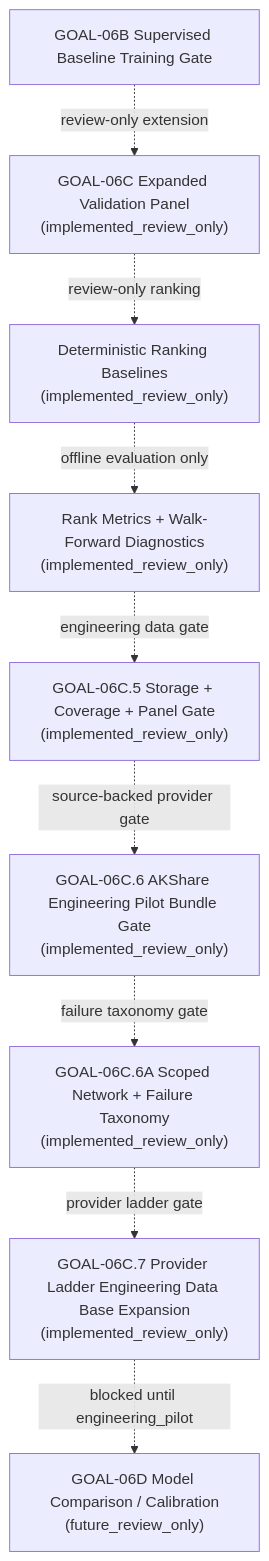
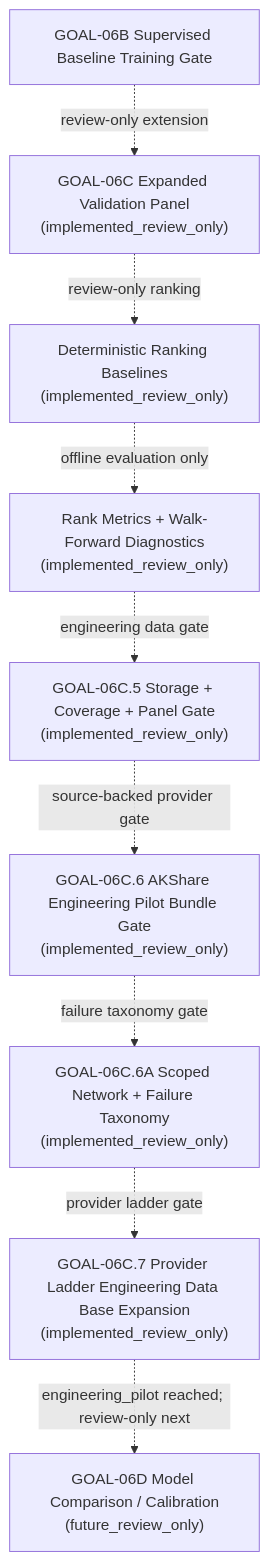
Before and after one commit to RyanLu0203/A_share_premarket_core: the second of 2 diagrams in README.md, drawn with Mermaid. The commit also changed other lines of this file and 45 other files, not shown here.

Commit message:
Reach GOAL-06C.7 engineering pilot

````diff
--- a/README.md
+++ b/README.md
@@ -72,11 +72,11 @@
 ```mermaid
 flowchart TD
     A["GOAL-06B Supervised Baseline Training Gate"] -. "review-only extension" .-> B["GOAL-06C Expanded Validation Panel<br/>(implemented_review_only)"]
     B -. "review-only ranking" .-> C["Deterministic Ranking Baselines<br/>(implemented_review_only)"]
     C -. "offline evaluation only" .-> D["Rank Metrics + Walk-Forward Diagnostics<br/>(implemented_review_only)"]
     D -. "engineering data gate" .-> E["GOAL-06C.5 Storage + Coverage + Panel Gate<br/>(implemented_review_only)"]
     E -. "source-backed provider gate" .-> G["GOAL-06C.6 AKShare Engineering Pilot Bundle Gate<br/>(implemented_review_only)"]
     G -. "failure taxonomy gate" .-> H["GOAL-06C.6A Scoped Network + Failure Taxonomy<br/>(implemented_review_only)"]
     H -. "provider ladder gate" .-> I["GOAL-06C.7 Provider Ladder Engineering Data Base Expansion<br/>(implemented_review_only)"]
-    I -. "blocked until engineering_pilot" .-> F["GOAL-06D Model Comparison / Calibration<br/>(future_review_only)"]
+    I -. "engineering_pilot reached; review-only next" .-> F["GOAL-06D Model Comparison / Calibration<br/>(future_review_only)"]
 ```
````
